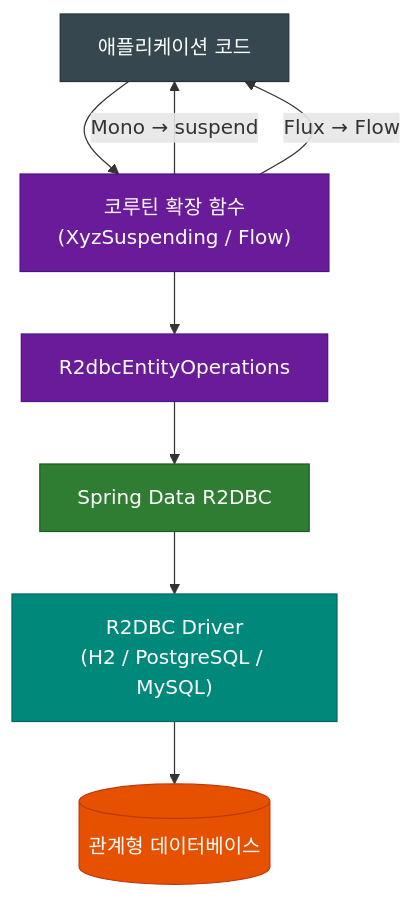
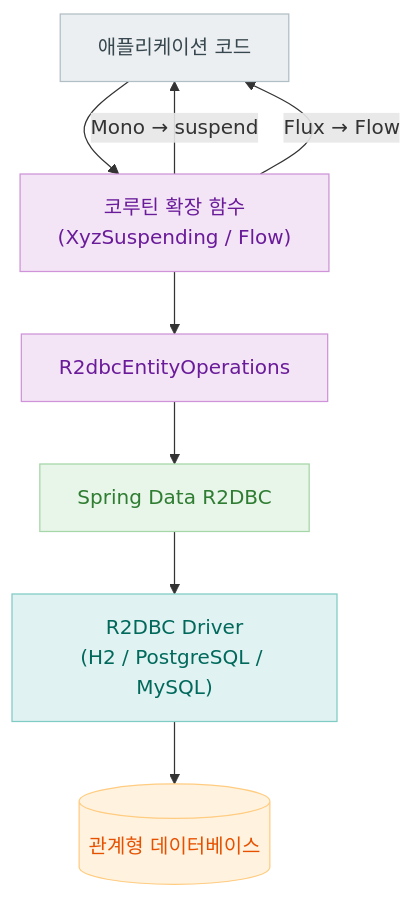
Before and after one commit to bluetape4k/bluetape4k-projects: the second of 4 diagrams in spring-boot4/r2dbc/README.ko.md, drawn with Mermaid. The commit also changed other lines of this file and 219 other files, not shown here.

First line of the commit message:
docs: 전체 README Mermaid 다이어그램 가이드 적용

````diff
--- a/spring-boot4/r2dbc/README.ko.md
+++ b/spring-boot4/r2dbc/README.ko.md
@@ -166,22 +166,22 @@
 ```mermaid
 flowchart TD
     App["애플리케이션 코드"] --> Ext["코루틴 확장 함수<br/>(XyzSuspending / Flow)"]
     Ext --> ROps["R2dbcEntityOperations"]
     ROps --> R2DBC["Spring Data R2DBC"]
     R2DBC --> Driver["R2DBC Driver<br/>(H2 / PostgreSQL / MySQL)"]
     Driver --> DB[("관계형 데이터베이스")]
     Ext -- "Mono → suspend" --> App
     Ext -- "Flux → Flow" --> App
 
-    classDef appStyle fill:#37474F,stroke:#263238,color:#FFFFFF
-    classDef extStyle fill:#6A1B9A,stroke:#4A148C,color:#FFFFFF
-    classDef springStyle fill:#2E7D32,stroke:#1B5E20,color:#FFFFFF
-    classDef driverStyle fill:#00897B,stroke:#00695C,color:#FFFFFF
-    classDef dbStyle fill:#E65100,stroke:#BF360C,color:#FFFFFF
+    classDef appStyle fill:#ECEFF1,stroke:#B0BEC5,color:#37474F
+    classDef extStyle fill:#F3E5F5,stroke:#CE93D8,color:#6A1B9A
+    classDef springStyle fill:#E8F5E9,stroke:#A5D6A7,color:#2E7D32
+    classDef driverStyle fill:#E0F2F1,stroke:#80CBC4,color:#00695C
+    classDef dbStyle fill:#FFF3E0,stroke:#FFCC80,color:#E65100
 
     class App appStyle
     class Ext,ROps extStyle
     class R2DBC springStyle
     class Driver driverStyle
     class DB dbStyle
 ```
````
